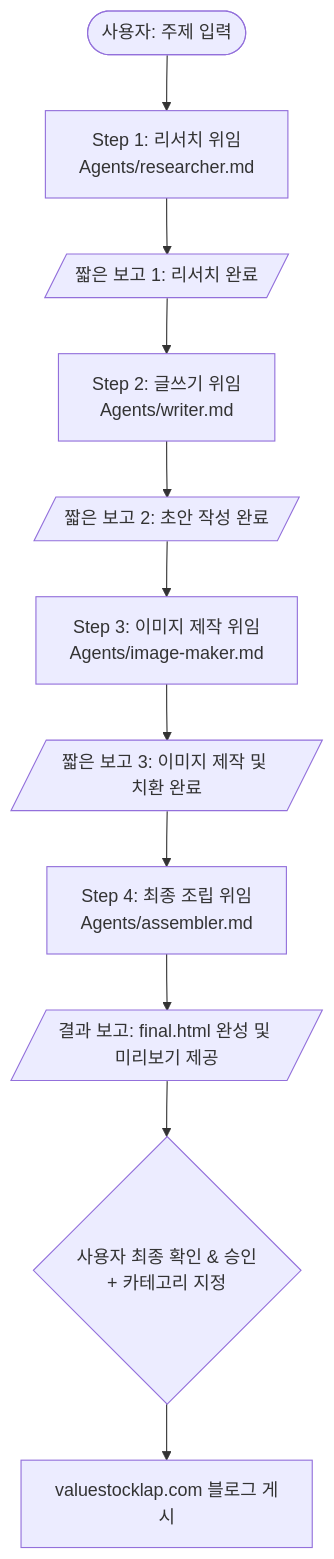
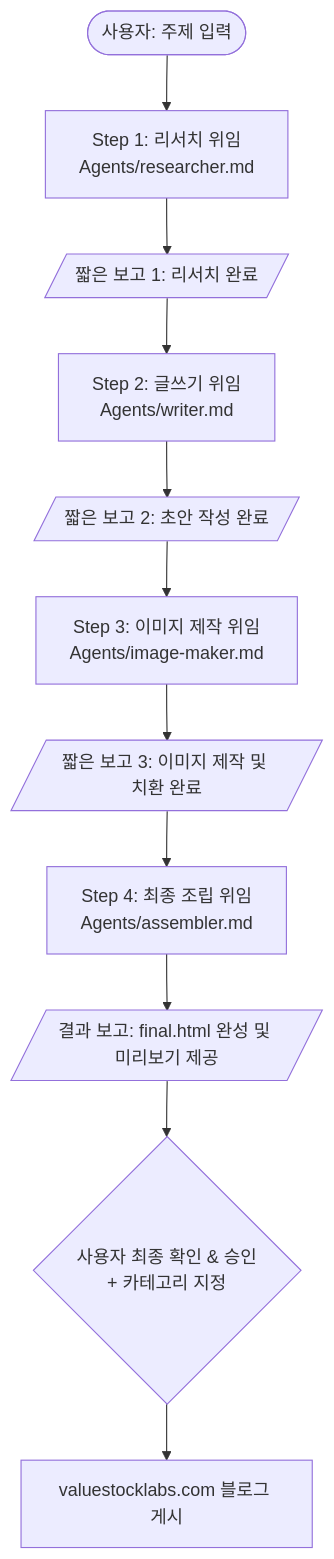
The diagram in blog new agent/blog team leader.md (youngmin-seo-art/Claud), drawn with Mermaid before and after one commit. The commit also changed other lines of this file and 23 other files, not shown here.

````diff
--- a/blog new agent/blog team leader.md
+++ b/blog new agent/blog team leader.md
@@ -46,13 +46,13 @@
 ```mermaid
 flowchart TD
     User([사용자: 주제 입력]) --> Step1[Step 1: 리서치 위임<br/>Agents/researcher.md]
     Step1 --> Rep1[/짧은 보고 1: 리서치 완료/]
     Rep1 --> Step2[Step 2: 글쓰기 위임<br/>Agents/writer.md]
     Step2 --> Rep2[/짧은 보고 2: 초안 작성 완료/]
     Rep2 --> Step3[Step 3: 이미지 제작 위임<br/>Agents/image-maker.md]
     Step3 --> Rep3[/짧은 보고 3: 이미지 제작 및 치환 완료/]
     Rep3 --> Step4[Step 4: 최종 조립 위임<br/>Agents/assembler.md]
     Step4 --> HTML[/결과 보고: final.html 완성 및 미리보기 제공/]
     HTML --> Confirm{사용자 최종 확인 & 승인<br/>+ 카테고리 지정}
-    Confirm --> Publish[valuestocklap.com 블로그 게시]
+    Confirm --> Publish[valuestocklabs.com 블로그 게시]
 ```
````
